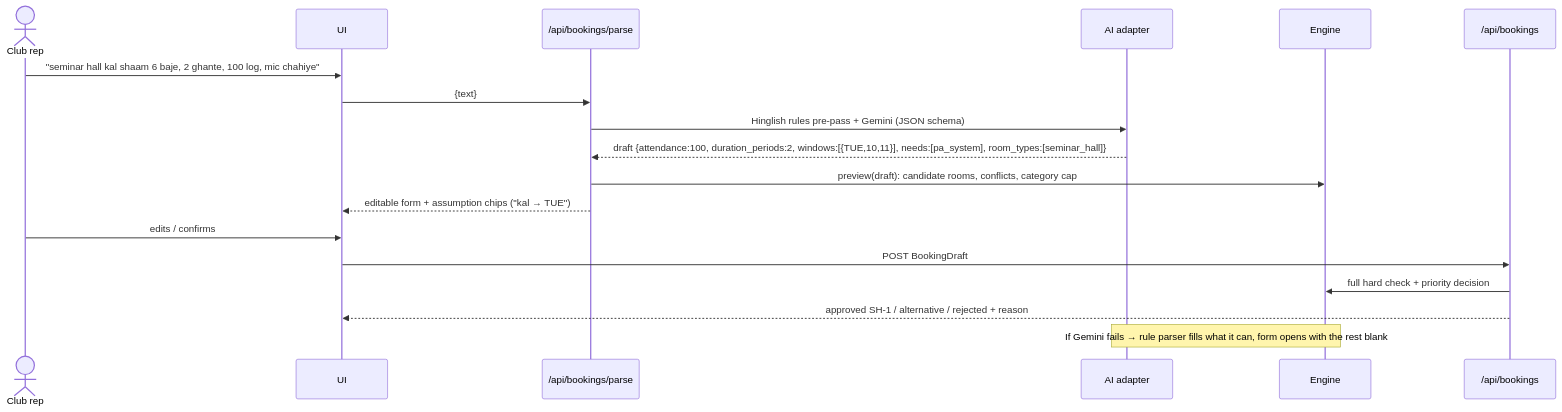
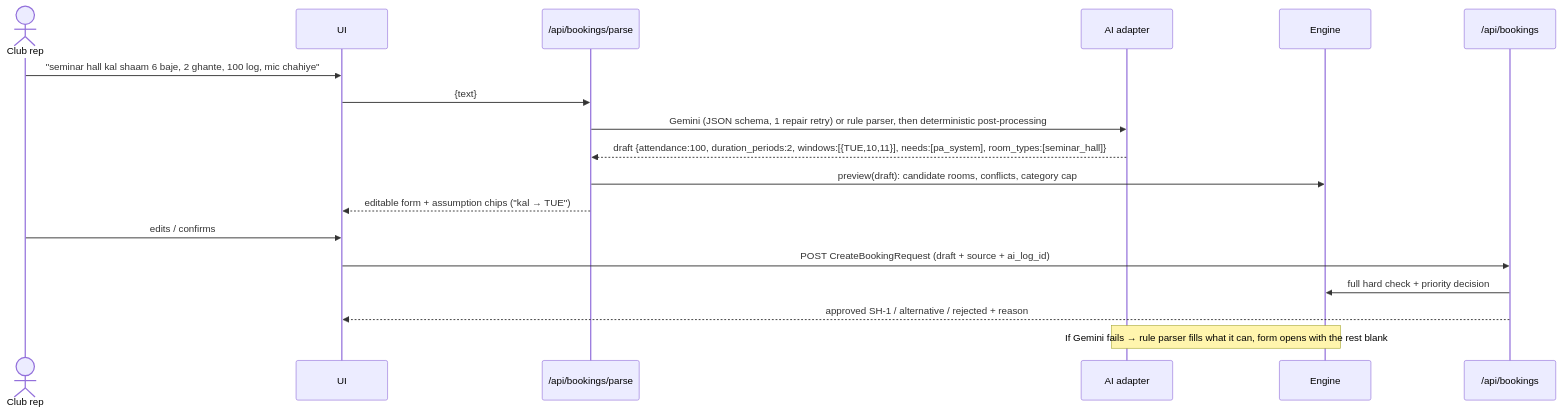
The fifth of 9 diagrams in docs/architecture.md (yashpandeycodes/IITB-Hackathon), drawn with Mermaid before and after one commit. The commit also changed other lines of this file and 9 other files, not shown here.

````diff
--- a/docs/architecture.md
+++ b/docs/architecture.md
@@ -677,20 +680,20 @@
 ```mermaid
 sequenceDiagram
   actor C as Club rep
   participant UI
   participant P as /api/bookings/parse
   participant AI as AI adapter
   participant E as Engine
   participant B as /api/bookings
   C->>UI: "seminar hall kal shaam 6 baje, 2 ghante, 100 log, mic chahiye"
   UI->>P: {text}
-  P->>AI: Hinglish rules pre-pass + Gemini (JSON schema)
+  P->>AI: Gemini (JSON schema, 1 repair retry) or rule parser, then deterministic post-processing
   AI-->>P: draft {attendance:100, duration_periods:2, windows:[{TUE,10,11}], needs:[pa_system], room_types:[seminar_hall]}
   P->>E: preview(draft): candidate rooms, conflicts, category cap
   P-->>UI: editable form + assumption chips ("kal → TUE")
   C->>UI: edits / confirms
-  UI->>B: POST BookingDraft
+  UI->>B: POST CreateBookingRequest (draft + source + ai_log_id)
   B->>E: full hard check + priority decision
   B-->>UI: approved SH-1 / alternative / rejected + reason
   Note over AI,E: If Gemini fails → rule parser fills what it can, form opens with the rest blank
 ```
````
